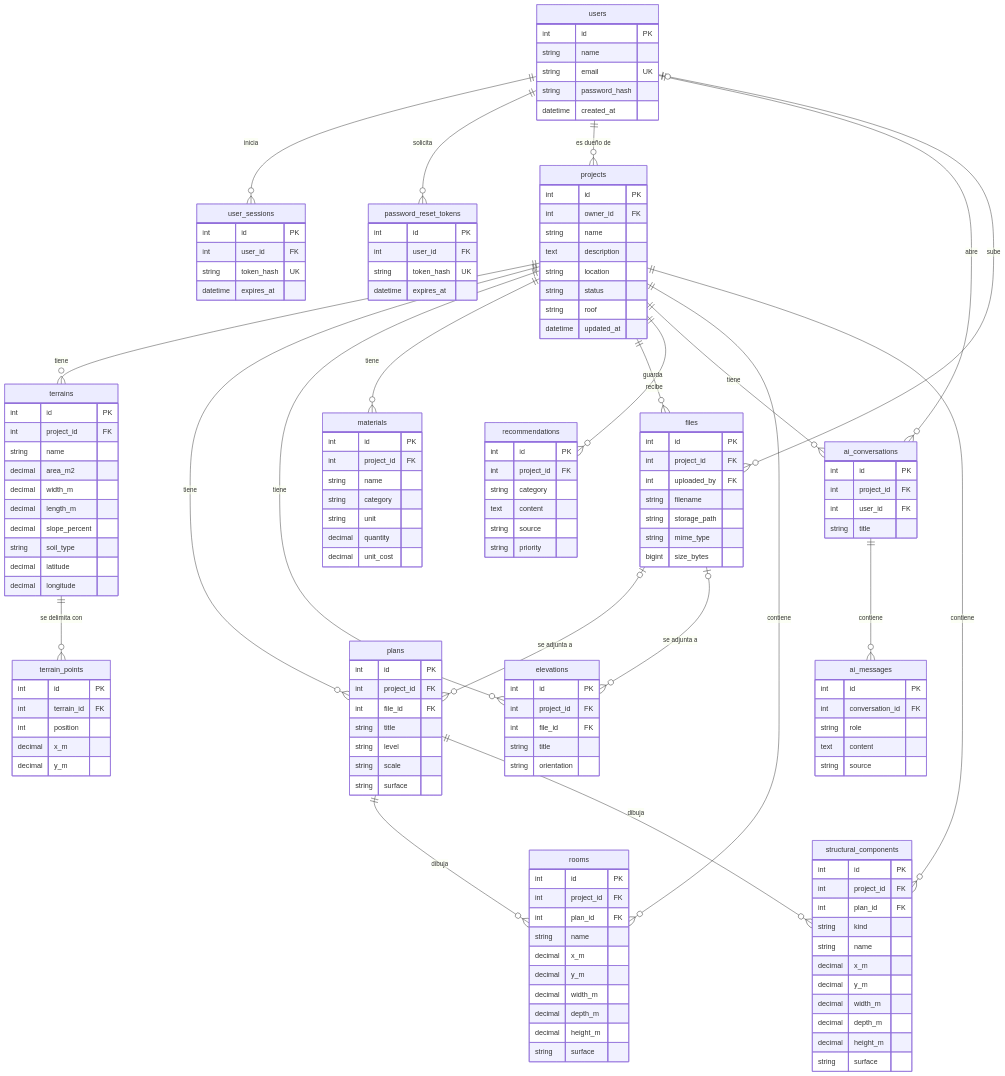
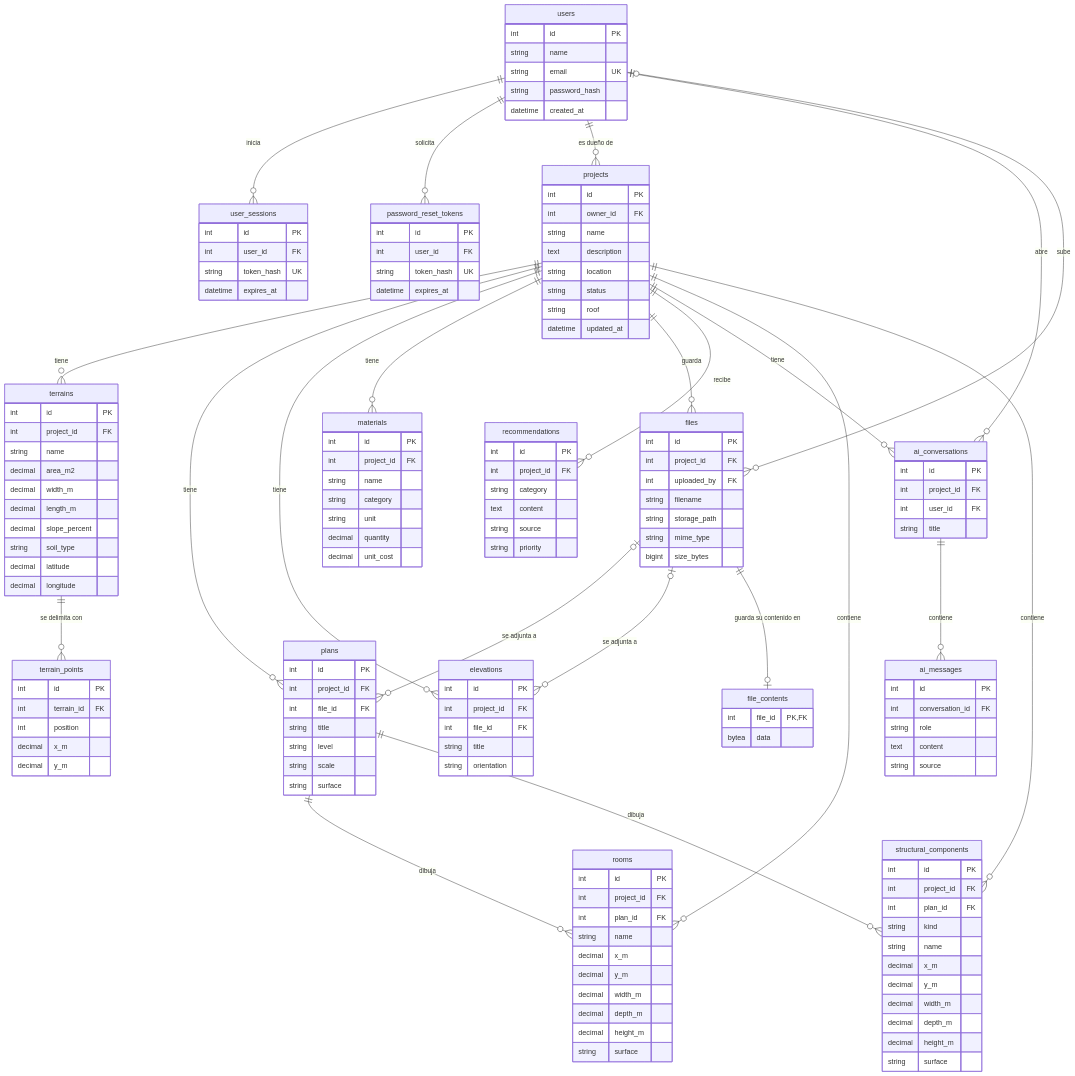
Before and after one commit to ssantivr/BASE-DE-DATOS-ARQUILA: the diagram in docs/BASE_DATOS.md, drawn with Mermaid. The commit also changed other lines of this file and 1 other file, not shown here.

Commit message:
docs: describe the file contents table

```diff
--- a/docs/BASE_DATOS.md
+++ b/docs/BASE_DATOS.md
@@ -51,6 +52,7 @@
     files |o--o{ plans : "se adjunta a"
     files |o--o{ elevations : "se adjunta a"
     ai_conversations ||--o{ ai_messages : "contiene"
+    files ||--o| file_contents : "guarda su contenido en"
 
     users {
         int id PK
@@ -108,6 +110,11 @@
         string storage_path
         string mime_type
         bigint size_bytes
+    }
+
+    file_contents {
+        int file_id PK, FK
+        bytea data
     }
     plans {
         int id PK
```
